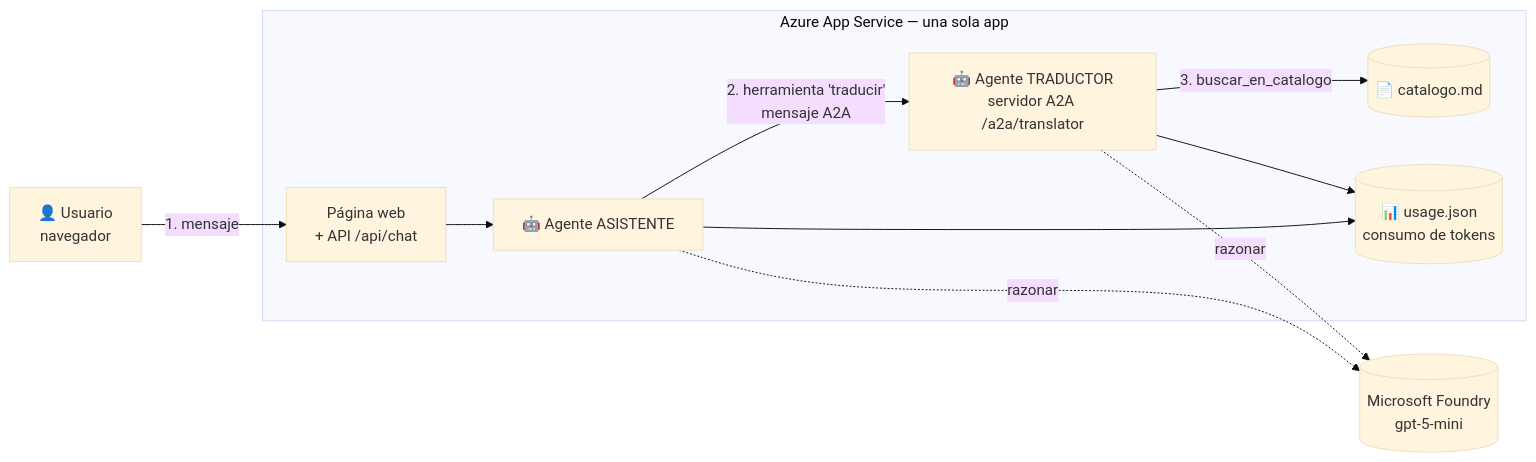
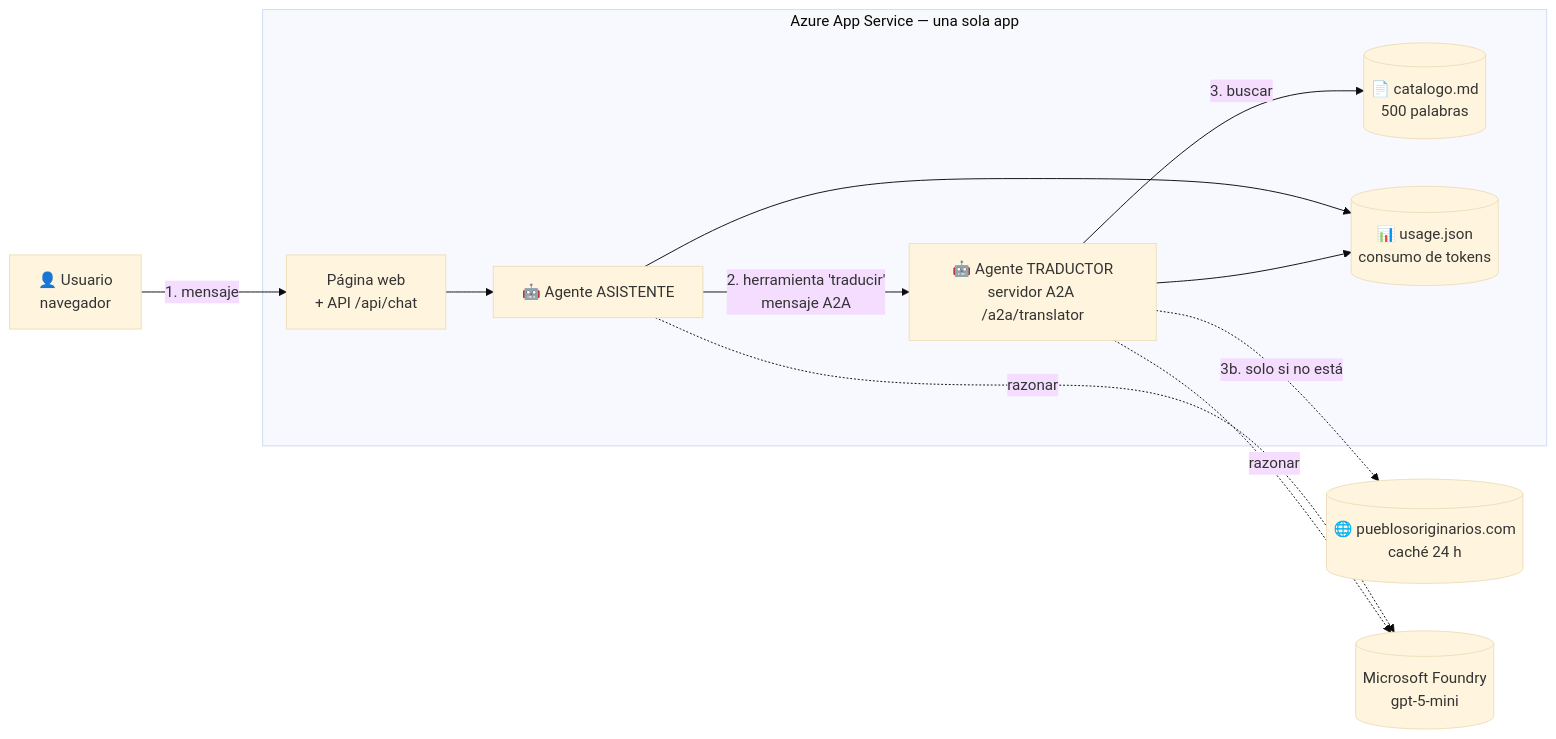
Before and after one commit to OswaldoReyesN/traductor-maya-osw27: the diagram in docs/ARQUITECTURA.md, drawn with Mermaid (base theme). The commit also changed other lines of this file and 18 other files, not shown here.

Commit message:
v1.1: solo español-maya, catálogo de 500 palabras, respuestas cálidas con ejemplo, respaldo pueblosoriginarios.com, indicador y límite por IP

````diff
--- a/docs/ARQUITECTURA.md
+++ b/docs/ARQUITECTURA.md
@@ -9,18 +9,19 @@
 ```mermaid
 flowchart LR
     U[👤 Usuario<br/>navegador] -->|1. mensaje| W[Página web<br/>+ API /api/chat]
     W --> A[🤖 Agente ASISTENTE]
     A -->|2. herramienta 'traducir'<br/>mensaje A2A| T[🤖 Agente TRADUCTOR<br/>servidor A2A /a2a/translator]
-    T -->|3. buscar_en_catalogo| C[(📄 catalogo.md)]
+    T -->|3. buscar| C[(📄 catalogo.md<br/>500 palabras)]
+    T -.->|3b. solo si no está| X[(🌐 pueblosoriginarios.com<br/>caché 24 h)]
     A -.->|razonar| F[(Microsoft Foundry<br/>gpt-5-mini)]
     T -.->|razonar| F
     A --> J[(📊 usage.json<br/>consumo de tokens)]
     T --> J
     subgraph AS[Azure App Service — una sola app]
       W
       A
       T
       C
       J
     end
 ```
````
